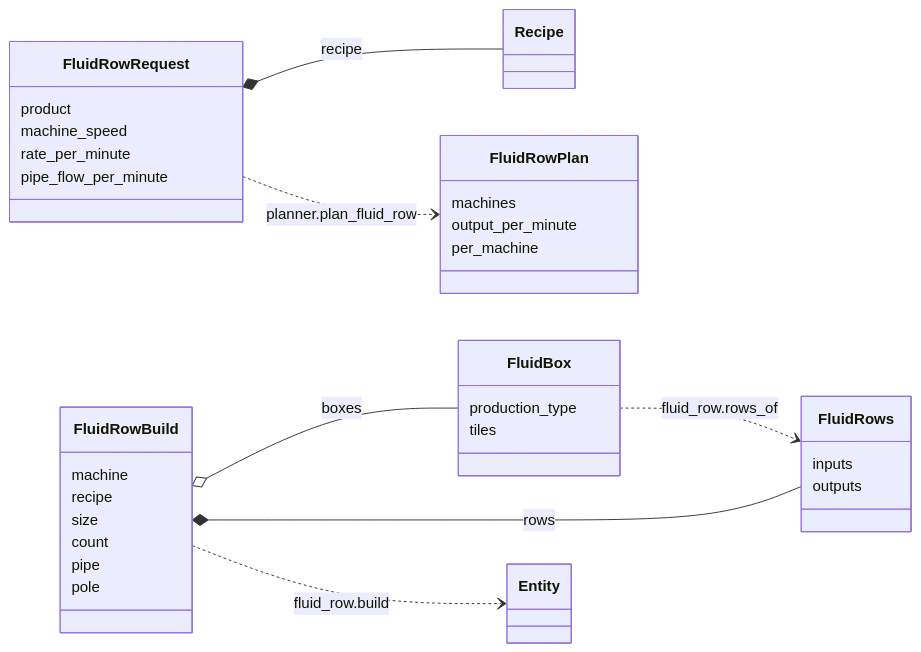
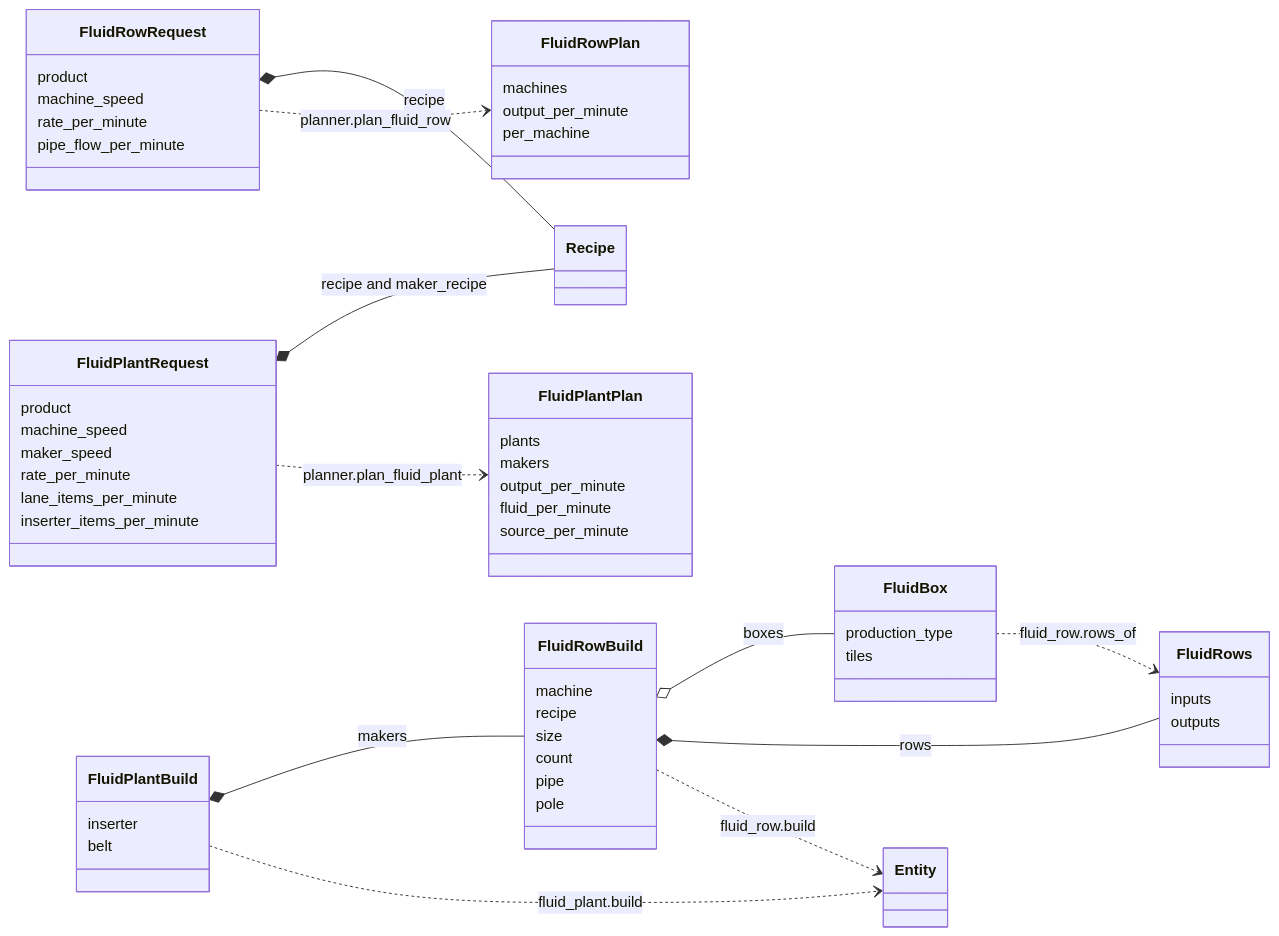
One commit to RibbonedAce/factorio-blueprint-generation changed the sixth of 6 diagrams in TYPES.md. Above: the diagram before and after it, drawn with Mermaid. The commit also changed other lines of this file and 17 other files, not shown here.

````diff
--- a/TYPES.md
+++ b/TYPES.md
@@ -495,39 +504,63 @@
 ```mermaid
 classDiagram
   direction LR
 
   class FluidBox {
     production_type
     tiles
   }
   class FluidRows {
     inputs
     outputs
   }
   class FluidRowRequest {
     product
     machine_speed
     rate_per_minute
     pipe_flow_per_minute
   }
   class FluidRowPlan {
     machines
     output_per_minute
     per_machine
   }
   class FluidRowBuild {
     machine
     recipe
     size
     count
     pipe
     pole
   }
 
+  class FluidPlantRequest {
+    product
+    machine_speed
+    maker_speed
+    rate_per_minute
+    lane_items_per_minute
+    inserter_items_per_minute
+  }
+  class FluidPlantPlan {
+    plants
+    makers
+    output_per_minute
+    fluid_per_minute
+    source_per_minute
+  }
+  class FluidPlantBuild {
+    inserter
+    belt
+  }
+
   FluidRowRequest *-- Recipe : recipe
+  FluidPlantRequest *-- Recipe : recipe and maker_recipe
+  FluidPlantRequest ..> FluidPlantPlan : planner.plan_fluid_plant
+  FluidPlantBuild *-- FluidRowBuild : makers
+  FluidPlantBuild ..> Entity : fluid_plant.build
   FluidRowRequest ..> FluidRowPlan : planner.plan_fluid_row
   FluidBox ..> FluidRows : fluid_row.rows_of
   FluidRowBuild o-- FluidBox : boxes
   FluidRowBuild *-- FluidRows : rows
   FluidRowBuild ..> Entity : fluid_row.build
 ```
````
